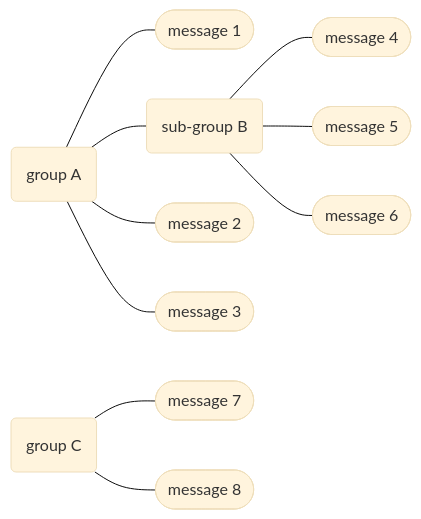
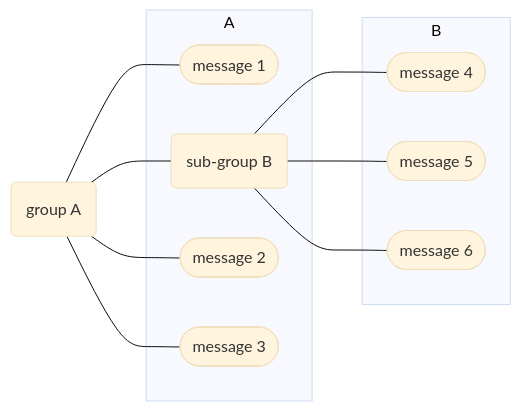
One commit to pxp888/infotree changed the first of 2 diagrams in README.md. Above: the diagram before and after it, drawn with Mermaid (base theme). The commit also changed other lines of this file, not shown here.

Commit message:
update README graph

````diff
--- a/README.md
+++ b/README.md
@@ -98,15 +99,21 @@
 ```mermaid
 graph LR
 
 a(group A)
-b1([message 1])
-b2(sub-group B)
-b3([message 2])
-b4([message 3])
-c1([message 4])
-c2([message 5])
-c3([message 6])
-d(group C) --- d2([message 7]) & d3([message 8])
+subgraph A
+    b1([message 1])
+    b2(sub-group B)
+    b3([message 2])
+    b4([message 3])
+end 
+
+subgraph B
+    c1([message 4])
+    c2([message 5])
+    c3([message 6])
+end
+
 a --- b1 & b2 & b3 & b4
 b2 --- c1 & c2 & c3
+
 ```
````
